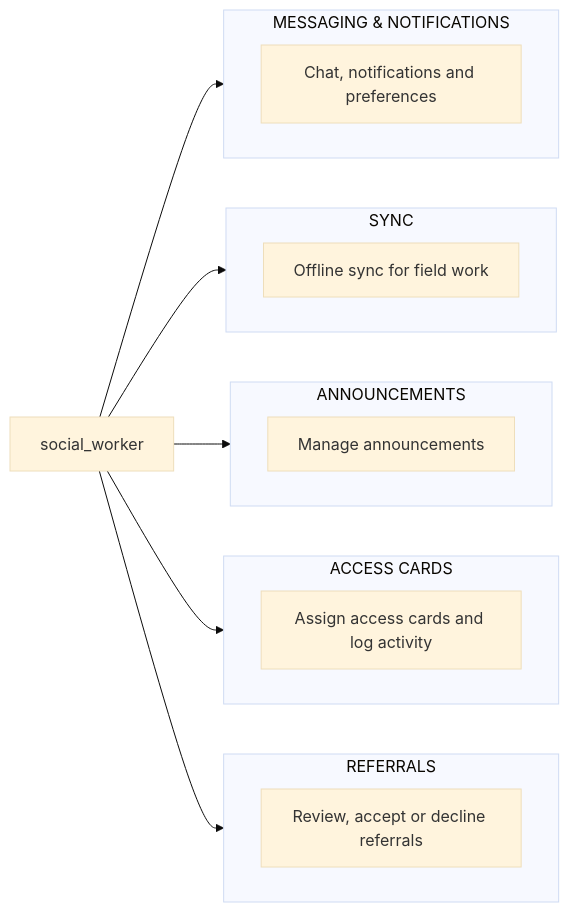
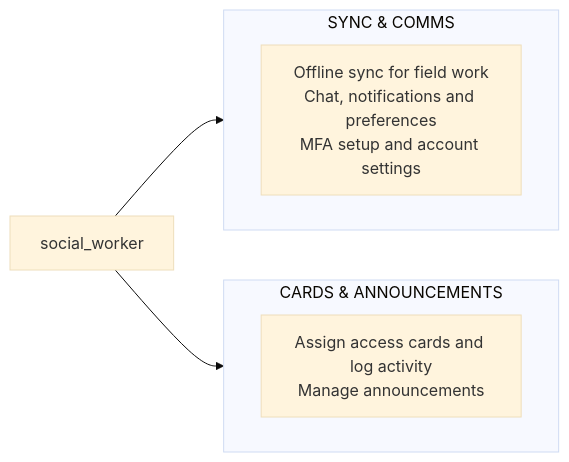
One commit to urlsalimbot/THESIS1-KAPWA changed the fourth of 10 diagrams in docs/diagrams/02-use-case-diagram.md. Above: the diagram before and after it, drawn with Mermaid (base theme). The commit also changed other lines of this file, not shown here.

Commit message:
docs: pair each role's category-grouped use case diagram with its description on one letter page

````diff
--- a/docs/diagrams/02-use-case-diagram.md
+++ b/docs/diagrams/02-use-case-diagram.md
@@ -138,35 +120,17 @@
 ```mermaid
 flowchart LR
     SW["social_worker"]
 
-    subgraph Referrals[REFERRALS]
+    subgraph CardsAnn[CARDS & ANNOUNCEMENTS]
         direction LR
-        S7["Review, accept or decline referrals"]
+        S4["Assign access cards and log activity<br/>Manage announcements"]
     end
 
-    subgraph AccessCards[ACCESS CARDS]
+    subgraph SyncComms[SYNC & COMMS]
         direction LR
-        S8["Assign access cards and log activity"]
+        S5["Offline sync for field work<br/>Chat, notifications and preferences<br/>MFA setup and account settings"]
     end
 
-    subgraph Announcements[ANNOUNCEMENTS]
-        direction LR
-        S9["Manage announcements"]
-    end
-
-    subgraph Sync[SYNC]
-        direction LR
-        S10["Offline sync for field work"]
-    end
-
-    subgraph Messaging[MESSAGING & NOTIFICATIONS]
-        direction LR
-        S11["Chat, notifications and preferences"]
-    end
-
-    SW --> S7
-    SW --> S8
-    SW --> S9
-    SW --> S10
-    SW --> S11
+    SW --> S4
+    SW --> S5
 ```
````
